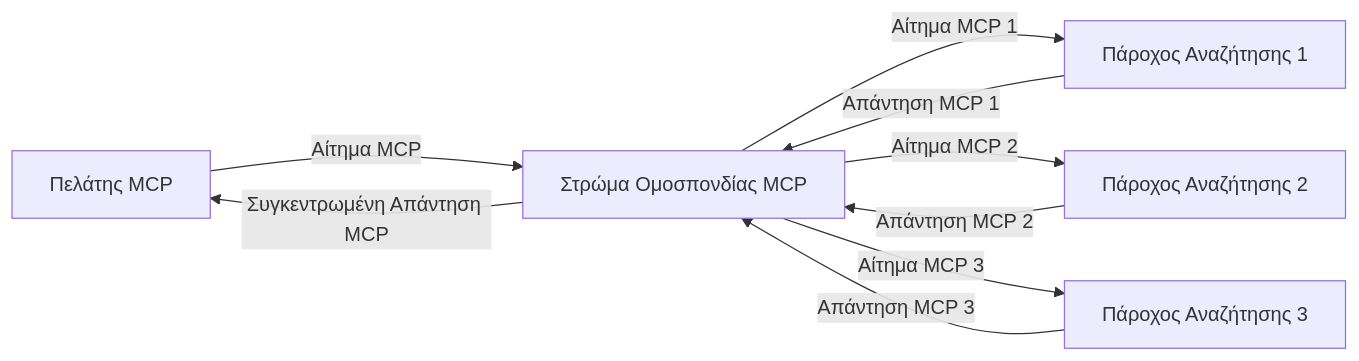
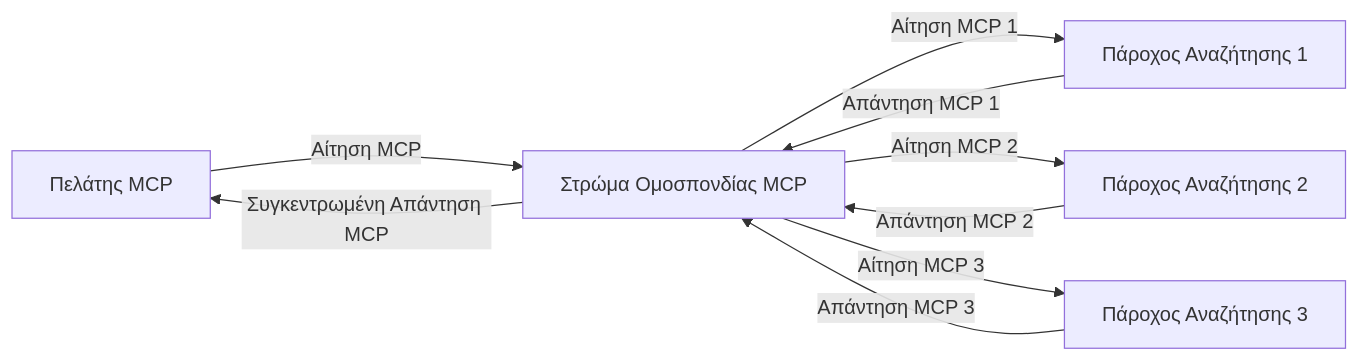
Before and after one commit to microsoft/mcp-for-beginners: the third of 4 diagrams in translations/el/05-AdvancedTopics/mcp-realtimesearch/README.md, drawn with Mermaid. The commit also changed other lines of this file and 148 other files, not shown here.

````diff
--- a/translations/el/05-AdvancedTopics/mcp-realtimesearch/README.md
+++ b/translations/el/05-AdvancedTopics/mcp-realtimesearch/README.md
@@ -610,11 +612,11 @@
 ```mermaid
 graph LR
-    Client[Πελάτης MCP] --> |Αίτημα MCP| Federation[Στρώμα Ομοσπονδίας MCP]
-    Federation --> |Αίτημα MCP 1| Search1[Πάροχος Αναζήτησης 1]
-    Federation --> |Αίτημα MCP 2| Search2[Πάροχος Αναζήτησης 2]
-    Federation --> |Αίτημα MCP 3| Search3[Πάροχος Αναζήτησης 3]
+    Client[Πελάτης MCP] --> |Αίτηση MCP| Federation[Στρώμα Ομοσπονδίας MCP]
+    Federation --> |Αίτηση MCP 1| Search1[Πάροχος Αναζήτησης 1]
+    Federation --> |Αίτηση MCP 2| Search2[Πάροχος Αναζήτησης 2]
+    Federation --> |Αίτηση MCP 3| Search3[Πάροχος Αναζήτησης 3]
     Search1 --> |Απάντηση MCP 1| Federation
     Search2 --> |Απάντηση MCP 2| Federation
     Search3 --> |Απάντηση MCP 3| Federation
     Federation --> |Συγκεντρωμένη Απάντηση MCP| Client
 ```
````
